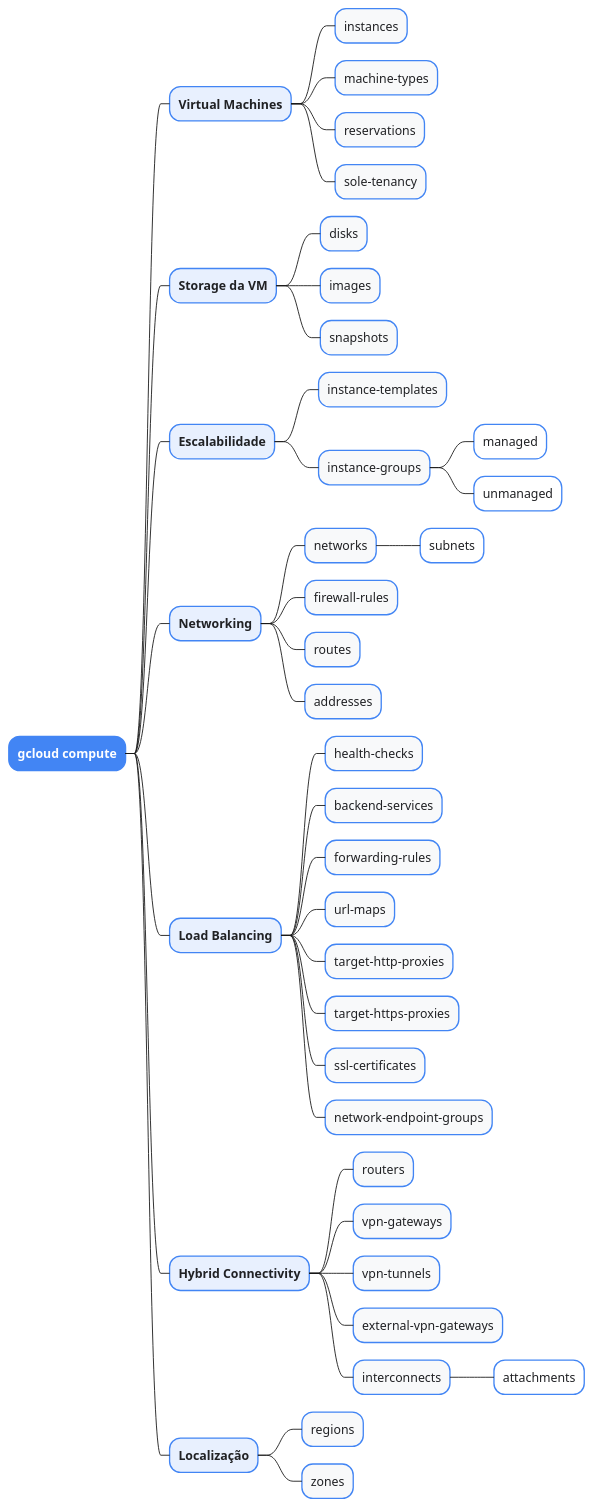
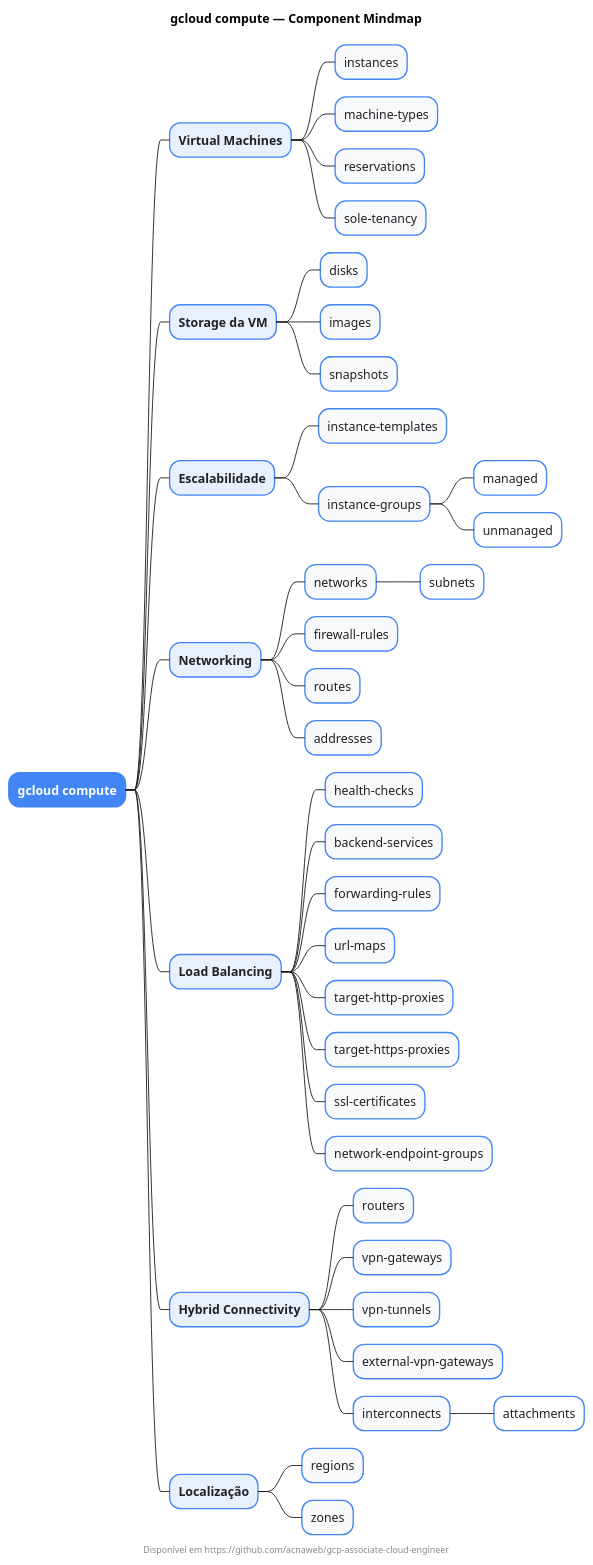
One commit to acnaweb/gcp-associate-cloud-engineer changed the diagram in gcloud/01-core/compute/compute.puml. Above: the diagram before and after it, drawn with PlantUML. The commit also changed 3 other files, not shown here.

Commit message:
feat: add mindmap

```diff
--- a/gcloud/01-core/compute/compute.puml
+++ b/gcloud/01-core/compute/compute.puml
@@ -1,76 +1,79 @@
 @startmindmap
+
+title gcloud compute — Component Mindmap
+footer Disponível em  https://github.com/acnaweb/gcp-associate-cloud-engineer
 
 <style>
 mindmapDiagram {
   node {
     BackgroundColor white
     LineColor #4285F4
     FontColor #202124
   }
 
   rootNode {
     BackgroundColor #4285F4
     FontColor white
     FontStyle bold
   }
 
   :depth(1) {
     BackgroundColor #E8F0FE
     FontStyle bold
   }
 
   :depth(2) {
     BackgroundColor #F8F9FA
   }
 }
 </style>
 
 * gcloud compute
 
 ** Virtual Machines
 *** instances
 *** machine-types
 *** reservations
 *** sole-tenancy
 
 ** Storage da VM
 *** disks
 *** images
 *** snapshots
 
 ** Escalabilidade
 *** instance-templates
 *** instance-groups
 **** managed
 **** unmanaged
 
 ** Networking
 *** networks
 **** subnets
 *** firewall-rules
 *** routes
 *** addresses
 
 ** Load Balancing
 *** health-checks
 *** backend-services
 *** forwarding-rules
 *** url-maps
 *** target-http-proxies
 *** target-https-proxies
 *** ssl-certificates
 *** network-endpoint-groups
 
 ** Hybrid Connectivity
 *** routers
 *** vpn-gateways
 *** vpn-tunnels
 *** external-vpn-gateways
 *** interconnects
 **** attachments
 
 ** Localização
 *** regions
 *** zones
 
 @endmindmap
```
